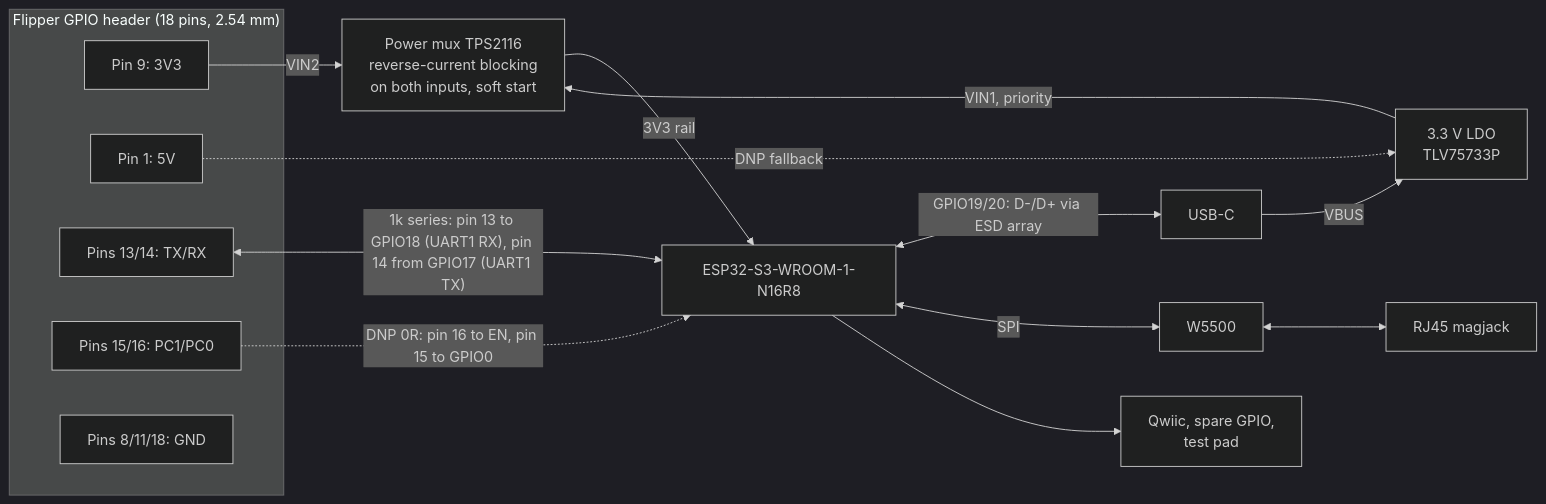
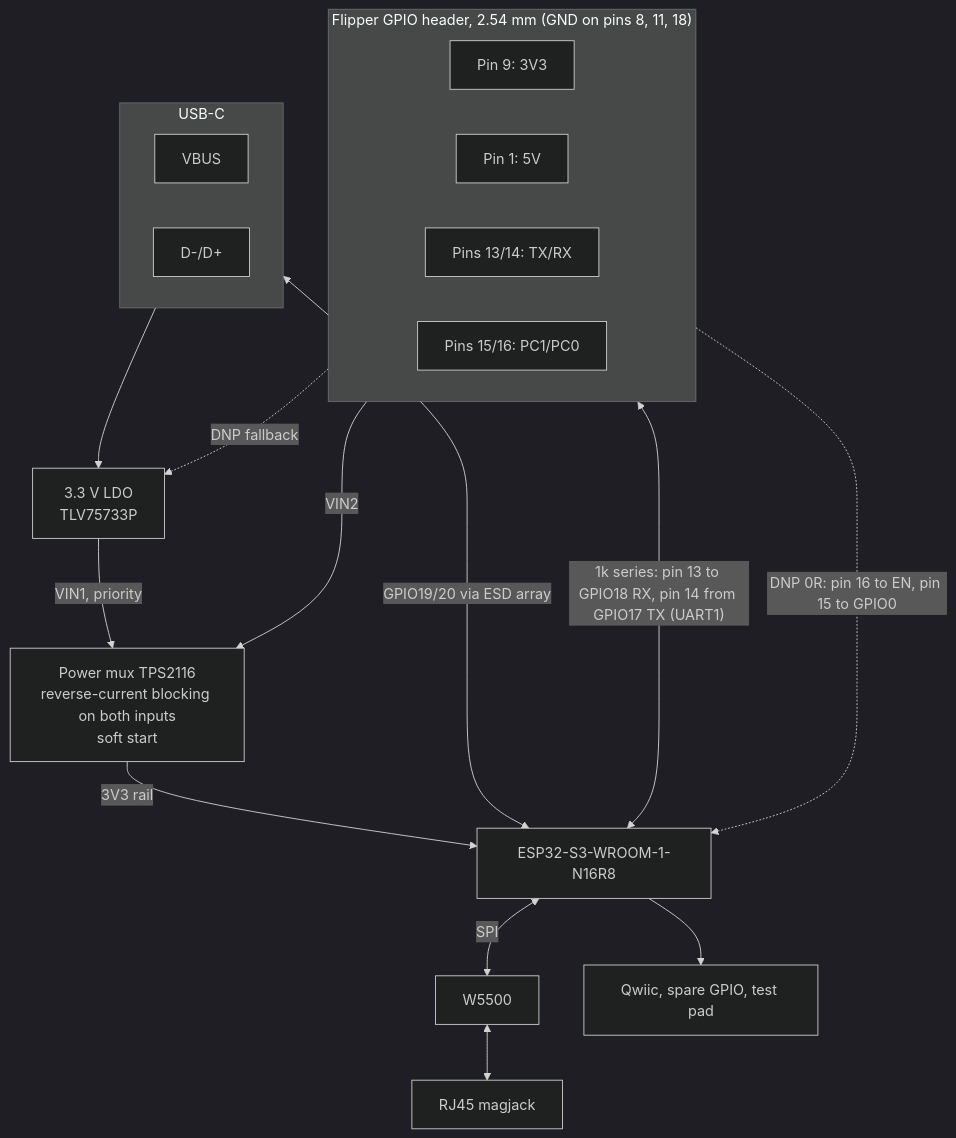
One commit to SeanChangX/flipper-ssh-runner changed the diagram in hardware/DESIGN.md. Above: the diagram before and after it, drawn with Mermaid (dark theme).

Commit message:
docs(hardware): block diagram top to bottom, USB-C power and data apart

````diff
--- a/hardware/DESIGN.md
+++ b/hardware/DESIGN.md
@@ -32,29 +32,33 @@
 ```mermaid
-flowchart LR
-    subgraph FLIPPER["Flipper GPIO header (18 pins, 2.54 mm)"]
+flowchart TB
+    subgraph FLIPPER["Flipper GPIO header, 2.54 mm (GND on pins 8, 11, 18)"]
+        direction LR
         P9["Pin 9: 3V3"]
         P1["Pin 1: 5V"]
-        P1314["Pins 13/14: TX/RX"]
-        P1516["Pins 15/16: PC1/PC0"]
-        PGND["Pins 8/11/18: GND"]
+        PUART["Pins 13/14: TX/RX"]
+        PCTL["Pins 15/16: PC1/PC0"]
     end
-    USBC["USB-C"]
+    subgraph USBC["USB-C"]
+        direction LR
+        VBUS["VBUS"]
+        USBD["D-/D+"]
+    end
     LDO["3.3 V LDO<br/>TLV75733P"]
-    MUX["Power mux TPS2116<br/>reverse-current blocking<br/>on both inputs, soft start"]
+    MUX["Power mux TPS2116<br/>reverse-current blocking on both inputs<br/>soft start"]
     ESP["ESP32-S3-WROOM-1-N16R8"]
     W5500["W5500"]
     RJ45["RJ45 magjack"]
-    EXP["Qwiic, spare GPIO,<br/>test pad"]
+    EXP["Qwiic, spare GPIO, test pad"]
 
-    USBC -->|"VBUS"| LDO
+    VBUS --> LDO
     P1 -.->|"DNP fallback"| LDO
     LDO -->|"VIN1, priority"| MUX
     P9 -->|"VIN2"| MUX
     MUX -->|"3V3 rail"| ESP
-    P1314 <-->|"1k series: pin 13 to GPIO18 (UART1 RX), pin 14 from GPIO17 (UART1 TX)"| ESP
-    P1516 -.->|"DNP 0R: pin 16 to EN, pin 15 to GPIO0"| ESP
-    ESP <-->|"GPIO19/20: D-/D+ via ESD array"| USBC
+    PUART <-->|"1k series: pin 13 to GPIO18 RX, pin 14 from GPIO17 TX (UART1)"| ESP
+    PCTL -.->|"DNP 0R: pin 16 to EN, pin 15 to GPIO0"| ESP
+    USBD <-->|"GPIO19/20 via ESD array"| ESP
     ESP <-->|"SPI"| W5500
     W5500 <--> RJ45
     ESP --> EXP
 ```
````
